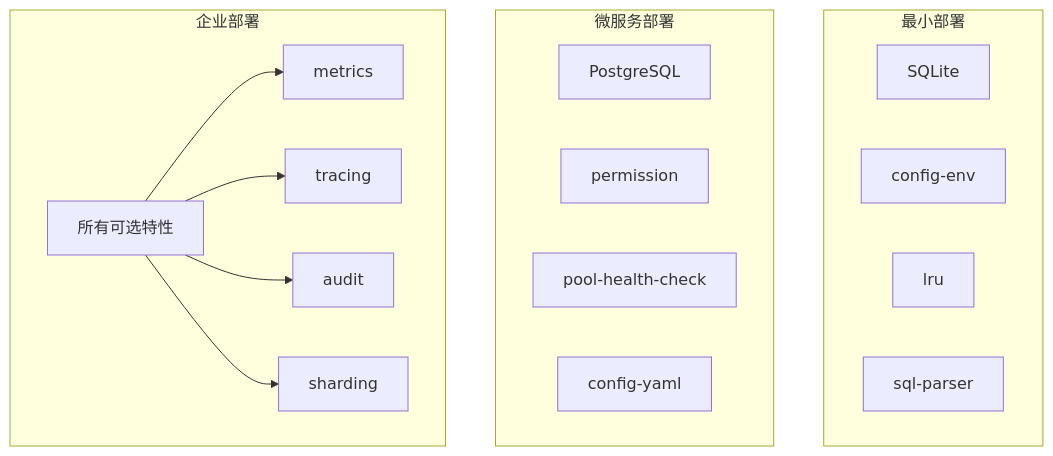
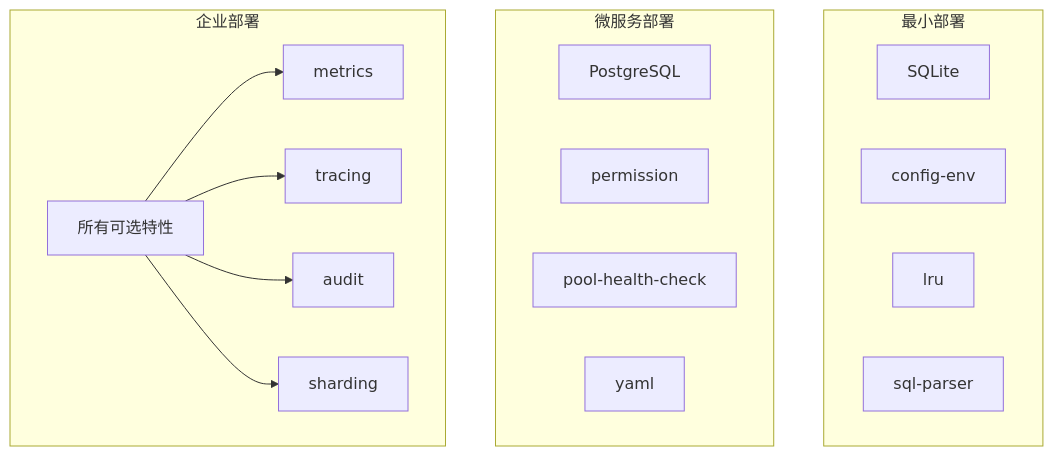
Before and after one commit to Kirky-X/dbnexus: diagram 15 of 15 in docs/ARCHITECTURE.md, drawn with Mermaid. The commit also changed 8 other files, not shown here.

First line of the commit message:
chore(features): rename config-yaml to yaml, remove permission-with-cache alias

````diff
--- a/docs/ARCHITECTURE.md
+++ b/docs/ARCHITECTURE.md
@@ -881,29 +881,29 @@
 ```mermaid
 graph TD
     subgraph Minimal["最小部署"]
         SQLite[SQLite]
         config_env[config-env]
         lru[lru]
         sql_parser[sql-parser]
     end
 
     subgraph Microservice["微服务部署"]
         PostgreSQL[PostgreSQL]
         permission[permission]
         pool_health_check[pool-health-check]
-        config_yaml[config-yaml]
+        config_yaml[yaml]
     end
 
     subgraph Enterprise["企业部署"]
         AllFeatures[所有可选特性]
         metrics[metrics]
         tracing[tracing]
         audit[audit]
         sharding[sharding]
     end
 
     AllFeatures --> metrics
     AllFeatures --> tracing
     AllFeatures --> audit
     AllFeatures --> sharding
 ```
````
